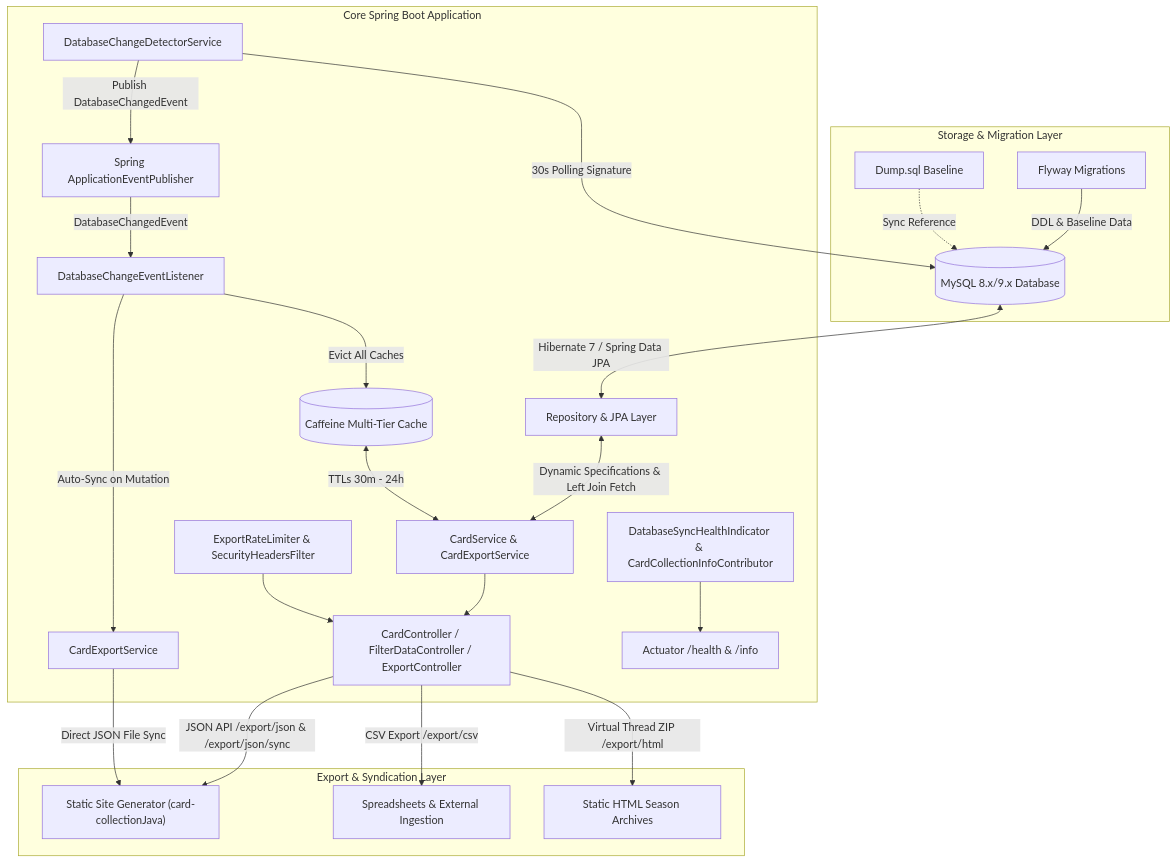
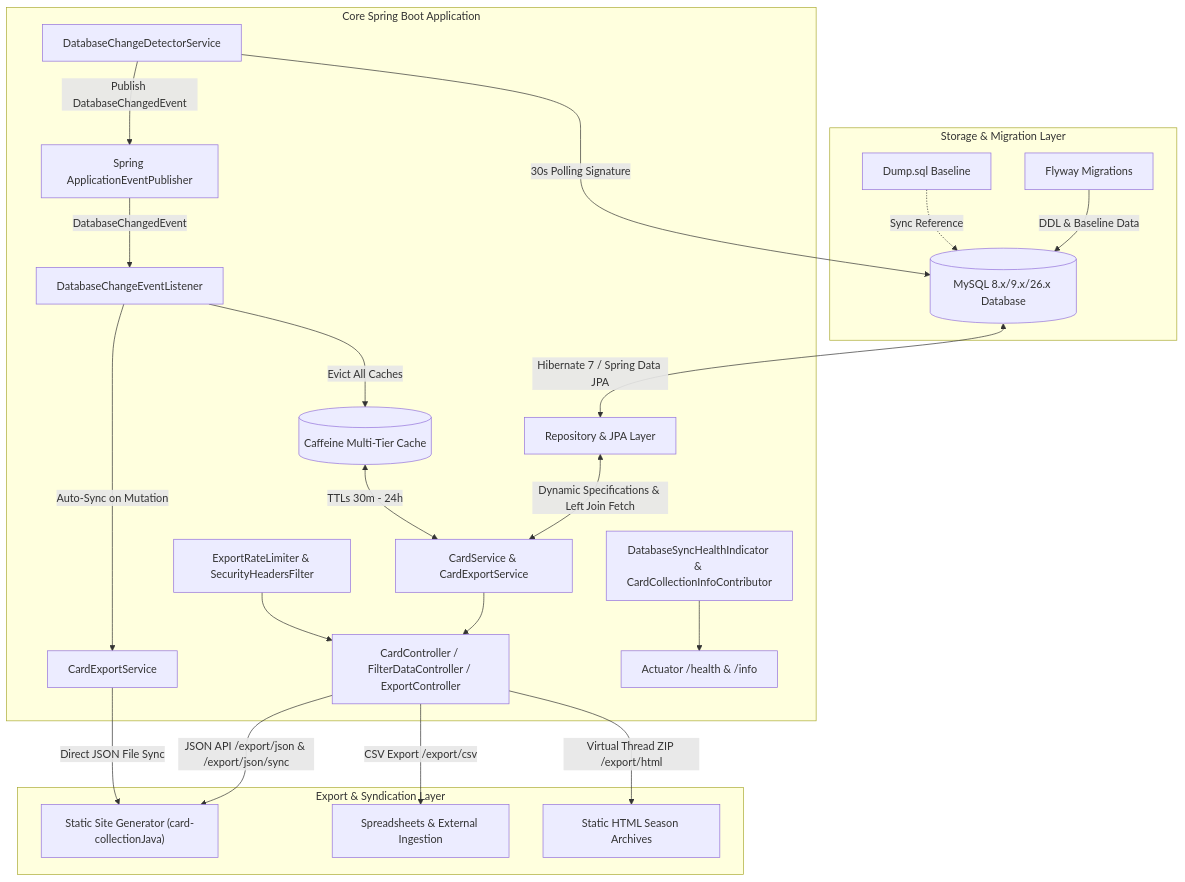
One commit to AndreasBild/card-collection changed the first of 5 diagrams in ARCHITECTURE.md. Above: the diagram before and after it, drawn with Mermaid. The commit also changed other lines of this file and 2 other files, not shown here.

Commit message:
chore(config): update MySQL version specification to 26.x (Ver 26.10+)

````diff
--- a/ARCHITECTURE.md
+++ b/ARCHITECTURE.md
@@ -9,28 +9,28 @@
 ```mermaid
 graph TD
     subgraph Storage & Migration Layer
-        FW[Flyway Migrations] -->|DDL & Baseline Data| DB[(MySQL 8.x/9.x Database)]
+        FW[Flyway Migrations] -->|DDL & Baseline Data| DB[(MySQL 8.x/9.x/26.x Database)]
         DUMP[Dump.sql Baseline] -.->|Sync Reference| DB
     end
 
     subgraph Core Spring Boot Application
         DB <-->|Hibernate 7 / Spring Data JPA| REPO[Repository & JPA Layer]
         REPO <-->|Dynamic Specifications & Left Join Fetch| SRV[CardService & CardExportService]
         CACHE[(Caffeine Multi-Tier Cache)] <-->|TTLs 30m - 24h| SRV
         DETECTOR[DatabaseChangeDetectorService] -->|30s Polling Signature| DB
         DETECTOR -->|Publish DatabaseChangedEvent| BUS[Spring ApplicationEventPublisher]
         BUS -->|DatabaseChangedEvent| LISTENER[DatabaseChangeEventListener]
         LISTENER -->|Evict All Caches| CACHE
         LISTENER -->|Auto-Sync on Mutation| EXP[CardExportService]
         SRV --> CTRL[CardController / FilterDataController / ExportController]
         LIMITER[ExportRateLimiter & SecurityHeadersFilter] --> CTRL
         HEALTH[DatabaseSyncHealthIndicator & CardCollectionInfoContributor] --> ACT[Actuator /health & /info]
     end
 
     subgraph Export & Syndication Layer
         CTRL -->|JSON API /export/json & /export/json/sync| SSG["Static Site Generator (card-collectionJava)"]
         EXP -->|Direct JSON File Sync| SSG
         CTRL -->|CSV Export /export/csv| CSV[Spreadsheets & External Ingestion]
         CTRL -->|Virtual Thread ZIP /export/html| HTML[Static HTML Season Archives]
     end
 ```
````
